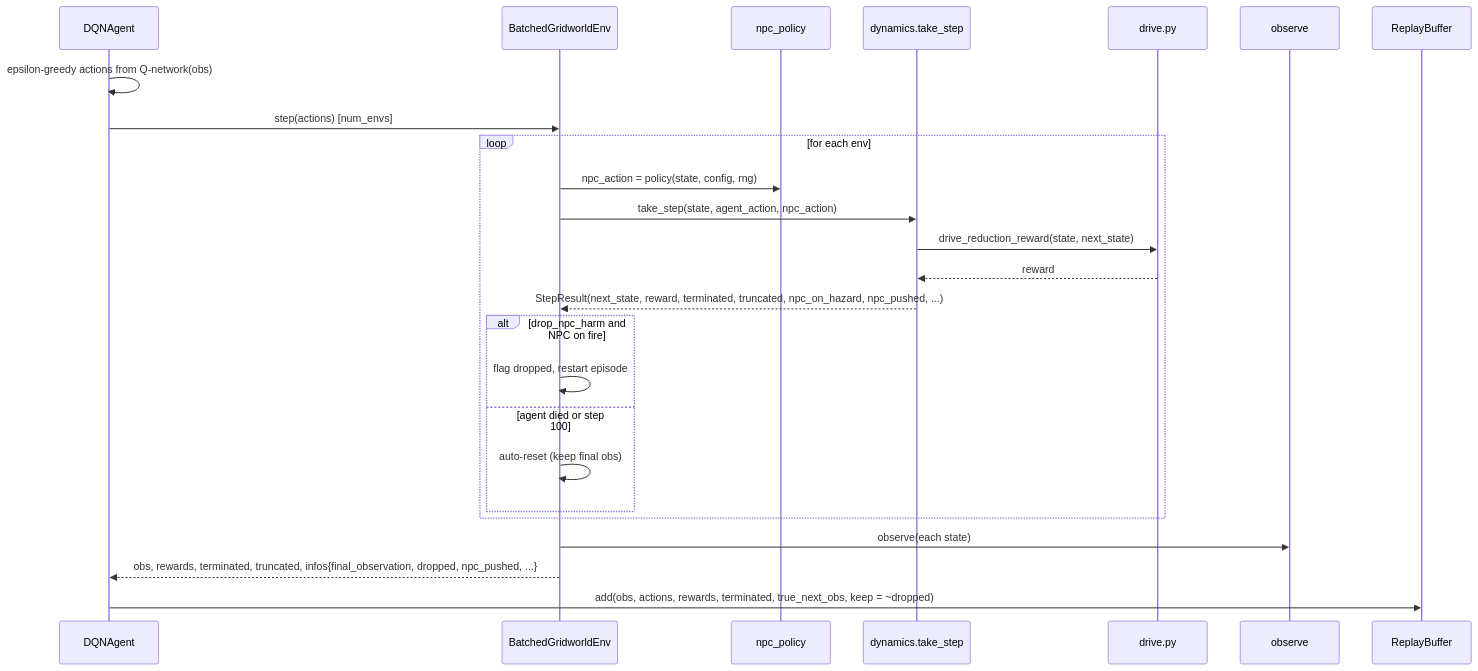
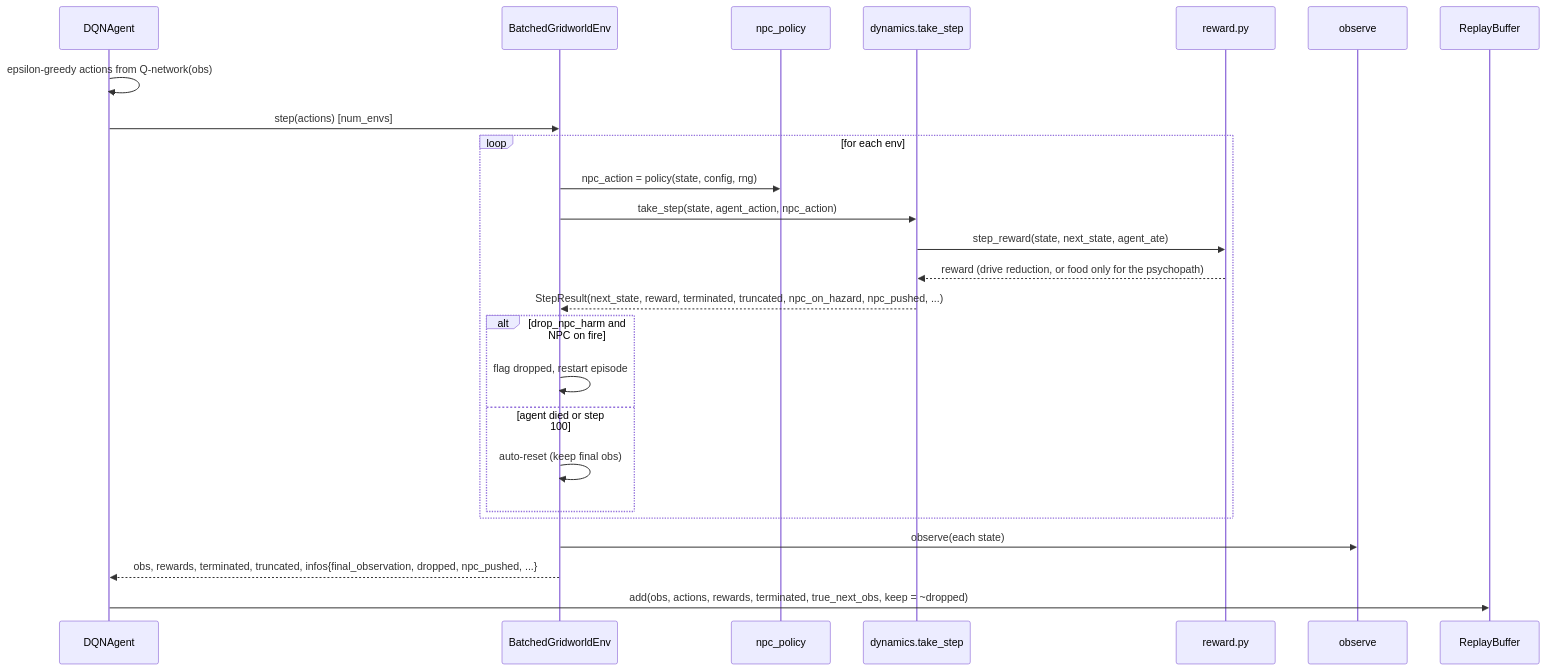
The sixth of 9 diagrams in README.md (arena-v9/homeostasis), drawn with Mermaid before and after one commit. The commit also changed other lines of this file and 15 other files, not shown here.

First line of the commit message:
Add the psychopath agent and experiment 2's push test

````diff
--- a/README.md
+++ b/README.md
@@ -396,28 +413,28 @@
 ```mermaid
 sequenceDiagram
     participant Agent as DQNAgent
     participant Env as BatchedGridworldEnv
     participant NPC as npc_policy
     participant Dyn as dynamics.take_step
-    participant Drive as drive.py
+    participant Reward as reward.py
     participant Obs as observe
     participant Buf as ReplayBuffer
 
     Agent->>Agent: epsilon-greedy actions from Q-network(obs)
     Agent->>Env: step(actions)  [num_envs]
     loop for each env
         Env->>NPC: npc_action = policy(state, config, rng)
         Env->>Dyn: take_step(state, agent_action, npc_action)
-        Dyn->>Drive: drive_reduction_reward(state, next_state)
-        Drive-->>Dyn: reward
+        Dyn->>Reward: step_reward(state, next_state, agent_ate)
+        Reward-->>Dyn: reward (drive reduction, or food only for the psychopath)
         Dyn-->>Env: StepResult(next_state, reward, terminated, truncated, npc_on_hazard, npc_pushed, ...)
         alt drop_npc_harm and NPC on fire
             Env->>Env: flag dropped, restart episode
         else agent died or step 100
             Env->>Env: auto-reset (keep final obs)
         end
     end
     Env->>Obs: observe(each state)
     Env-->>Agent: obs, rewards, terminated, truncated, infos{final_observation, dropped, npc_pushed, ...}
     Agent->>Buf: add(obs, actions, rewards, terminated, true_next_obs, keep = ~dropped)
 ```
````
